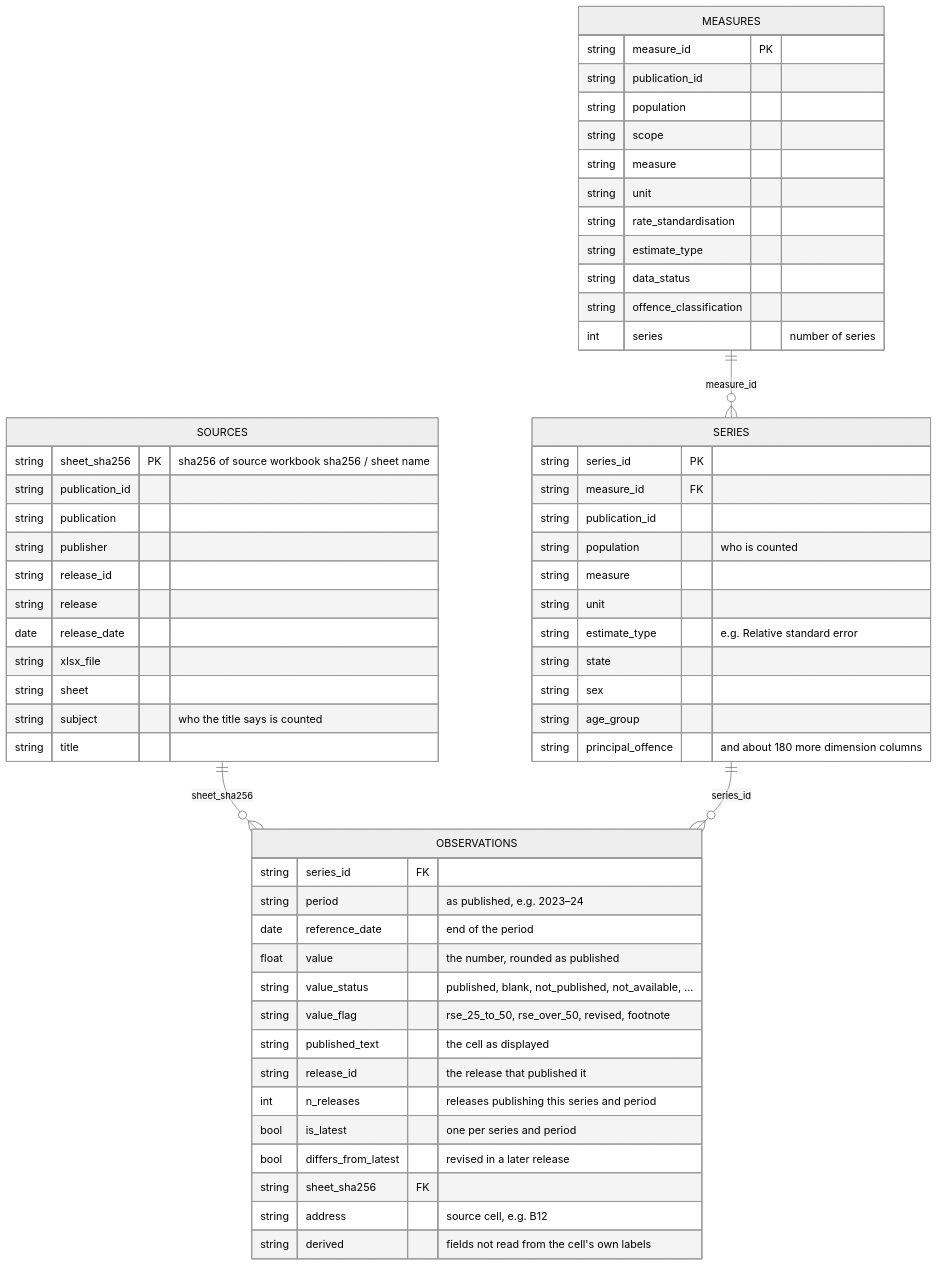
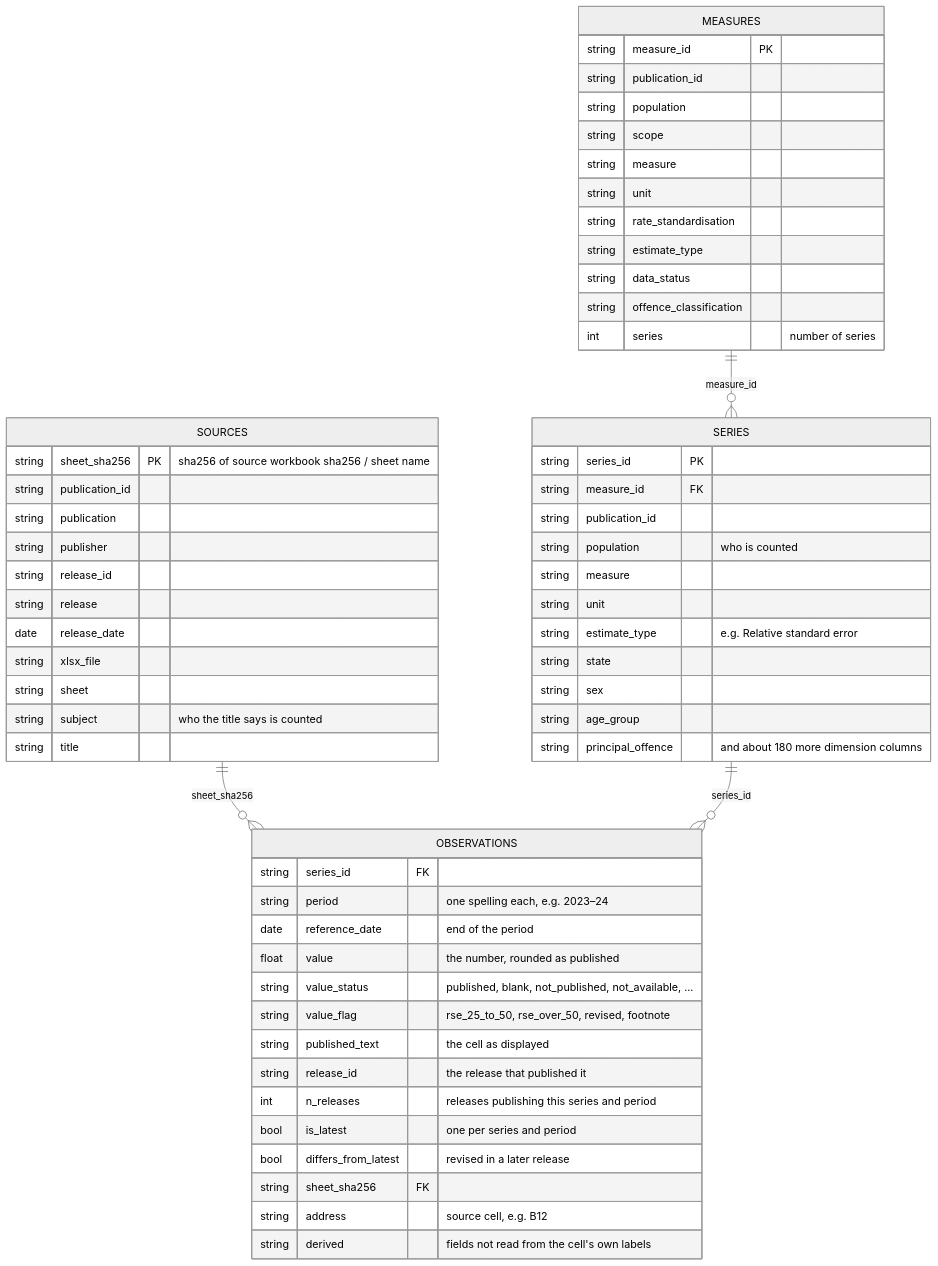
Before and after one commit to ianmoran11/tidy-pipeline: the first of 2 diagrams in README.md, drawn with Mermaid (neutral theme). The commit also changed other lines of this file and 25 other files, not shown here.

````diff
--- a/README.md
+++ b/README.md
@@ -26,62 +26,62 @@
 ```mermaid
 erDiagram
     SOURCES ||--o{ OBSERVATIONS : "sheet_sha256"
     SERIES ||--o{ OBSERVATIONS : "series_id"
     MEASURES ||--o{ SERIES : "measure_id"
 
     OBSERVATIONS {
         string series_id FK
-        string period "as published, e.g. 2023–24"
+        string period "one spelling each, e.g. 2023–24"
         date reference_date "end of the period"
         float value "the number, rounded as published"
         string value_status "published, blank, not_published, not_available, ..."
         string value_flag "rse_25_to_50, rse_over_50, revised, footnote"
         string published_text "the cell as displayed"
         string release_id "the release that published it"
         int n_releases "releases publishing this series and period"
         bool is_latest "one per series and period"
         bool differs_from_latest "revised in a later release"
         string sheet_sha256 FK
         string address "source cell, e.g. B12"
         string derived "fields not read from the cell's own labels"
     }
     SERIES {
         string series_id PK
         string measure_id FK
         string publication_id
         string population "who is counted"
         string measure
         string unit
         string estimate_type "e.g. Relative standard error"
         string state
         string sex
         string age_group
         string principal_offence "and about 180 more dimension columns"
     }
     MEASURES {
         string measure_id PK
         string publication_id
         string population
         string scope
         string measure
         string unit
         string rate_standardisation
         string estimate_type
         string data_status
         string offence_classification
         int series "number of series"
     }
     SOURCES {
         string sheet_sha256 PK "sha256 of source workbook sha256 / sheet name"
         string publication_id
         string publication
         string publisher
         string release_id
         string release
         date release_date
         string xlsx_file
         string sheet
         string subject "who the title says is counted"
         string title
     }
 ```
````
